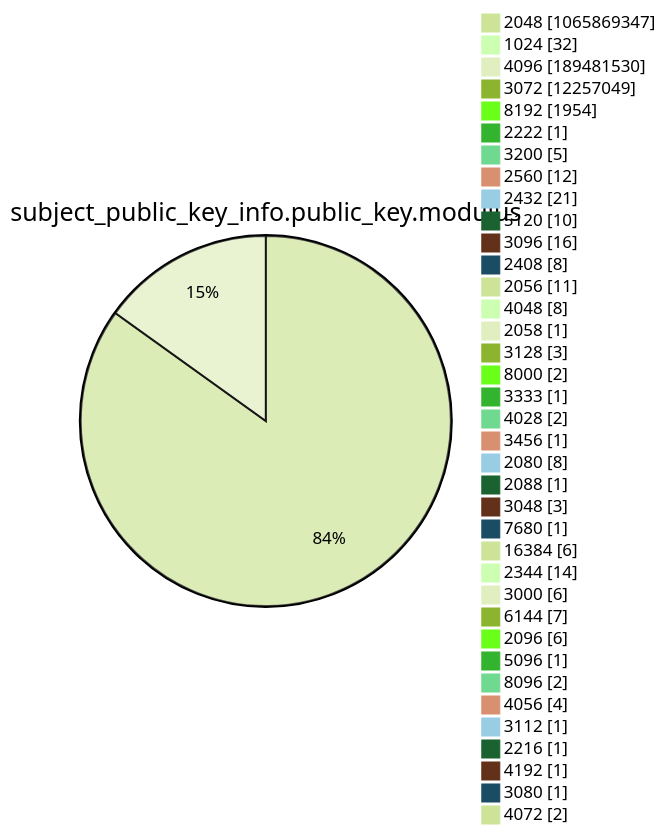
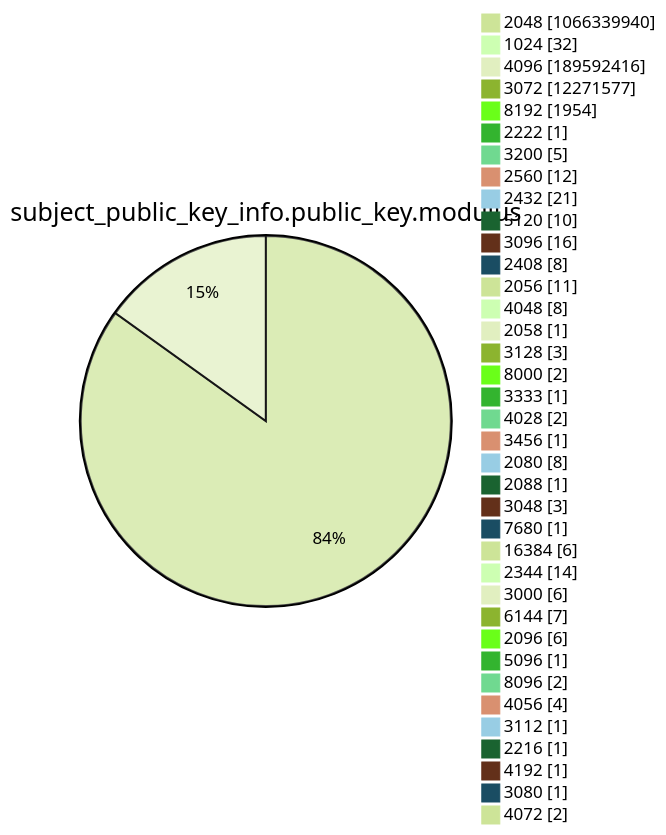
One commit to christiankrug/ctmonitor_visualization changed diagram 13 of 15 in argon2022/README.md. Above: the diagram before and after it, drawn with Mermaid (forest theme). The commit also changed other lines of this file, not shown here.

````diff
--- a/argon2022/README.md
+++ b/argon2022/README.md
@@ -3589,41 +3589,41 @@
 ```mermaid
 pie showData
 title subject_public_key_info.public_key.modulus
-"2048" :1065869347
+"2048" :1066339940
 "1024" :32
-"4096" :189481530
-"3072" :12257049
+"4096" :189592416
+"3072" :12271577
 "8192" :1954
 "2222" :1
 "3200" :5
 "2560" :12
 "2432" :21
 "5120" :10
 "3096" :16
 "2408" :8
 "2056" :11
 "4048" :8
 "2058" :1
 "3128" :3
 "8000" :2
 "3333" :1
 "4028" :2
 "3456" :1
 "2080" :8
 "2088" :1
 "3048" :3
 "7680" :1
 "16384" :6
 "2344" :14
 "3000" :6
 "6144" :7
 "2096" :6
 "5096" :1
 "8096" :2
 "4056" :4
 "3112" :1
 "2216" :1
 "4192" :1
 "3080" :1
 "4072" :2
 ```
````
